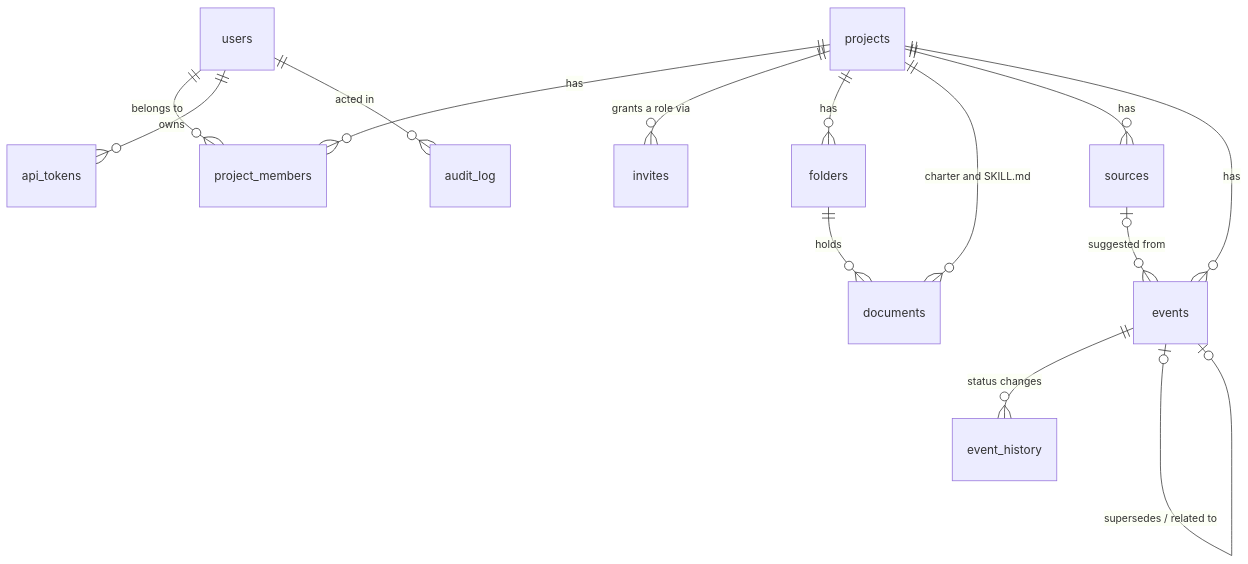
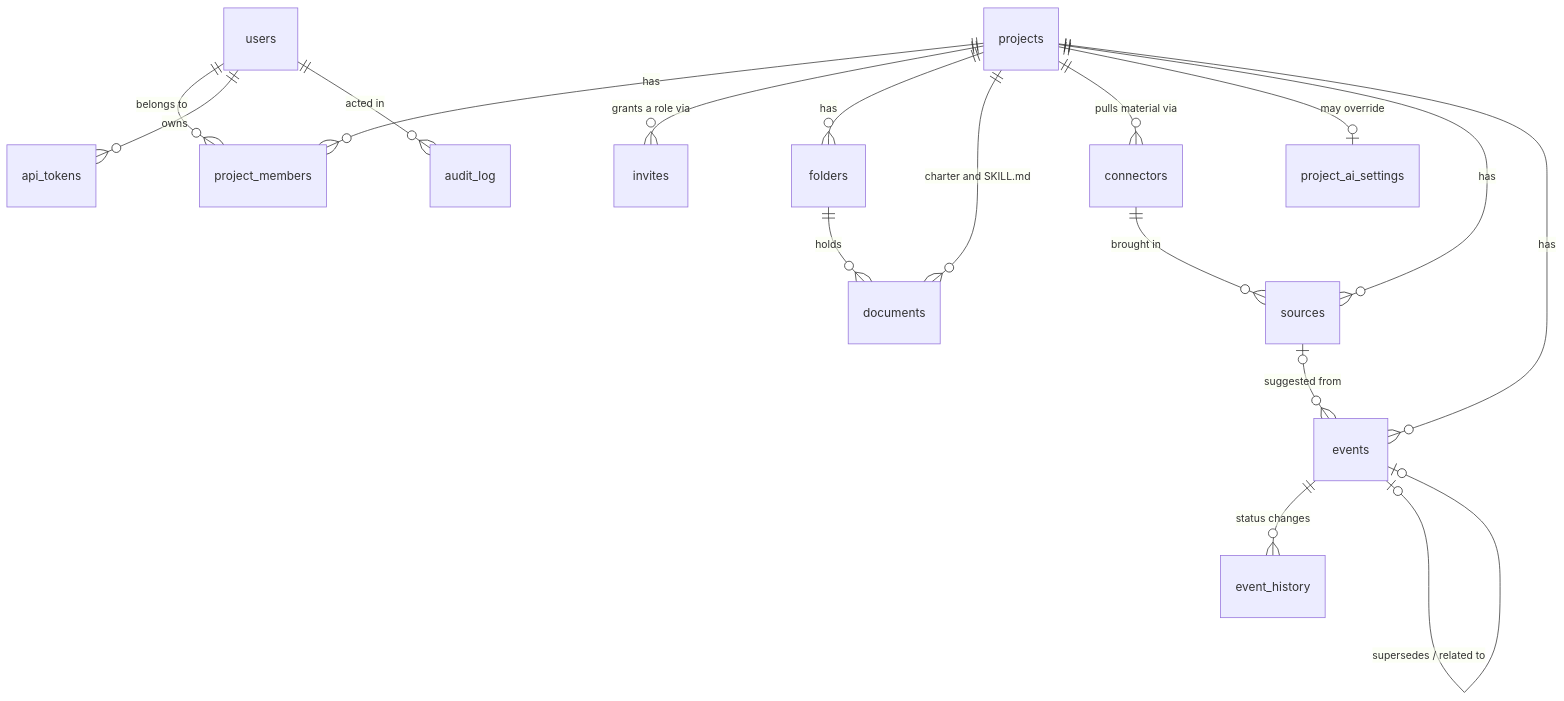
The second of 3 diagrams in ARCHITECTURE.md (161402059SGS/TooGather), drawn with Mermaid before and after one commit. The commit also changed other lines of this file and 39 other files, not shown here.

````diff
--- a/ARCHITECTURE.md
+++ b/ARCHITECTURE.md
@@ -76,16 +83,19 @@
 ```mermaid
 erDiagram
     users ||--o{ project_members : "belongs to"
     projects ||--o{ project_members : has
     projects ||--o{ invites : "grants a role via"
     projects ||--o{ folders : has
     folders ||--o{ documents : holds
     projects ||--o{ documents : "charter and SKILL.md"
+    projects ||--o{ connectors : "pulls material via"
+    connectors ||--o{ sources : "brought in"
+    projects ||--o| project_ai_settings : "may override"
     projects ||--o{ sources : has
     projects ||--o{ events : has
     sources |o--o{ events : "suggested from"
     events ||--o{ event_history : "status changes"
     events |o--o| events : "supersedes / related to"
     users ||--o{ api_tokens : owns
     users ||--o{ audit_log : "acted in"
 ```
````
